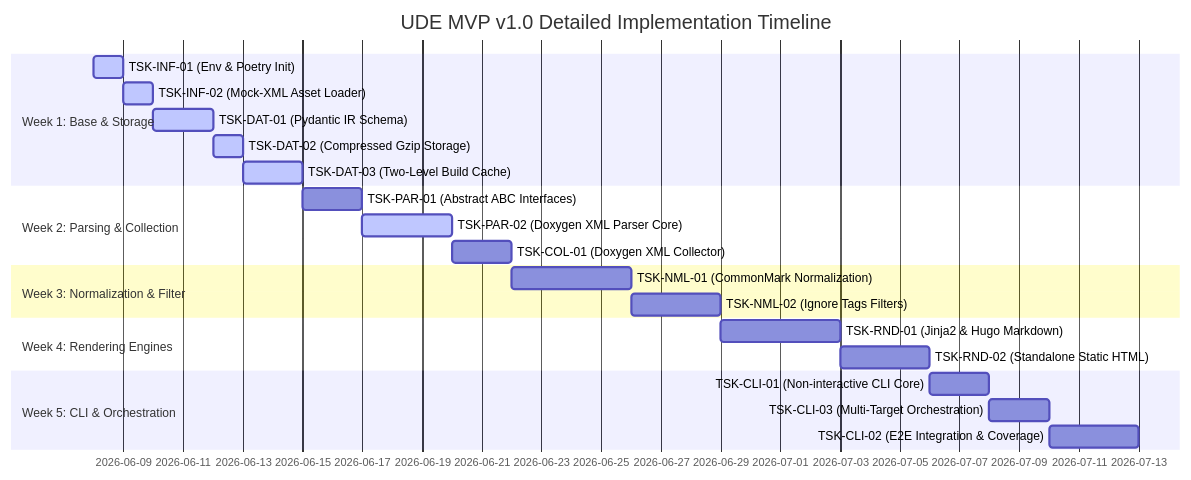
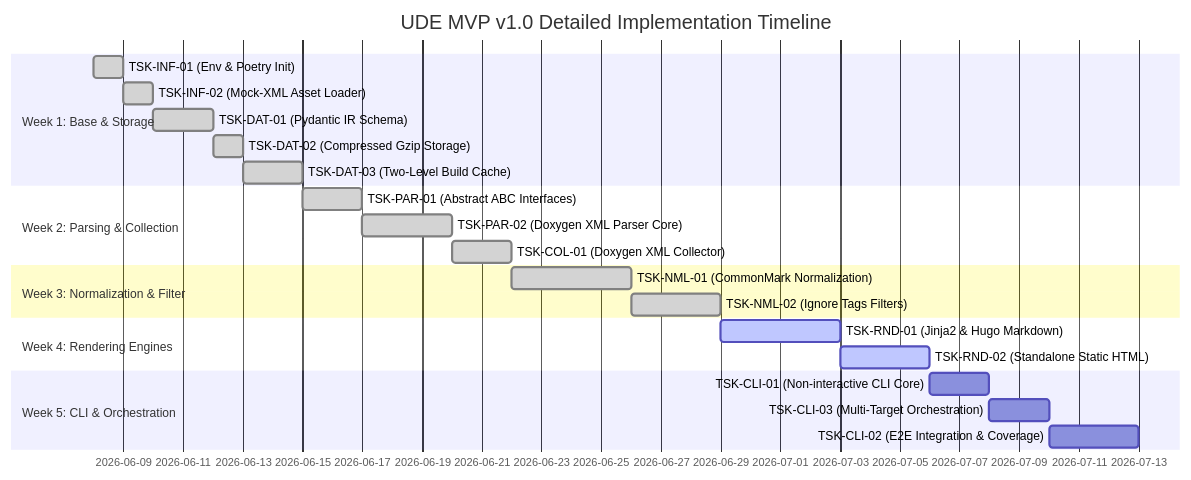
The diagram in .antigravitycli/active_plan.md (Sir-Derryk/Pipeline), drawn with Mermaid before and after one commit. The commit also changed other lines of this file and 2 other files, not shown here.

Commit message:
chore: update tasks TSK-RND-01 and TSK-RND-02 with visual matching and update submodule

````diff
--- a/.antigravitycli/active_plan.md
+++ b/.antigravitycli/active_plan.md
@@ -14,25 +14,25 @@
 ```mermaid
 gantt
     title UDE MVP v1.0 Detailed Implementation Timeline
     dateFormat  YYYY-MM-DD
     section Week 1: Base & Storage
-    TSK-INF-01 (Env & Poetry Init)       :active, t1, 2026-06-08, 1d
-    TSK-INF-02 (Mock-XML Asset Loader)   :active, t2, after t1, 1d
-    TSK-DAT-01 (Pydantic IR Schema)      :active, t3, after t2, 2d
-    TSK-DAT-02 (Compressed Gzip Storage) :active, t4, after t3, 1d
-    TSK-DAT-03 (Two-Level Build Cache)   :active, t5, after t4, 2d
+    TSK-INF-01 (Env & Poetry Init)       :done, t1, 2026-06-08, 1d
+    TSK-INF-02 (Mock-XML Asset Loader)   :done, t2, after t1, 1d
+    TSK-DAT-01 (Pydantic IR Schema)      :done, t3, after t2, 2d
+    TSK-DAT-02 (Compressed Gzip Storage) :done, t4, after t3, 1d
+    TSK-DAT-03 (Two-Level Build Cache)   :done, t5, after t4, 2d
     section Week 2: Parsing & Collection
-    TSK-PAR-01 (Abstract ABC Interfaces) :t6, after t5, 2d
-    TSK-PAR-02 (Doxygen XML Parser Core) :active, t7, after t6, 3d
-    TSK-COL-01 (Doxygen XML Collector)   :t8, after t7, 2d
+    TSK-PAR-01 (Abstract ABC Interfaces) :done, t6, after t5, 2d
+    TSK-PAR-02 (Doxygen XML Parser Core) :done, t7, after t6, 3d
+    TSK-COL-01 (Doxygen XML Collector)   :done, t8, after t7, 2d
     section Week 3: Normalization & Filter
-    TSK-NML-01 (CommonMark Normalization):t9, after t8, 4d
-    TSK-NML-02 (Ignore Tags Filters)     :t10, after t9, 3d
+    TSK-NML-01 (CommonMark Normalization):done, t9, after t8, 4d
+    TSK-NML-02 (Ignore Tags Filters)     :done, t10, after t9, 3d
     section Week 4: Rendering Engines
-    TSK-RND-01 (Jinja2 & Hugo Markdown)  :t11, after t10, 4d
-    TSK-RND-02 (Standalone Static HTML)  :t12, after t11, 3d
+    TSK-RND-01 (Jinja2 & Hugo Markdown)  :active, t11, after t10, 4d
+    TSK-RND-02 (Standalone Static HTML)  :active, t12, after t11, 3d
     section Week 5: CLI & Orchestration
     TSK-CLI-01 (Non-interactive CLI Core):t13, after t12, 2d
     TSK-CLI-03 (Multi-Target Orchestration):t14, after t13, 2d
     TSK-CLI-02 (E2E Integration & Coverage):t15, after t14, 3d
 ```
````
